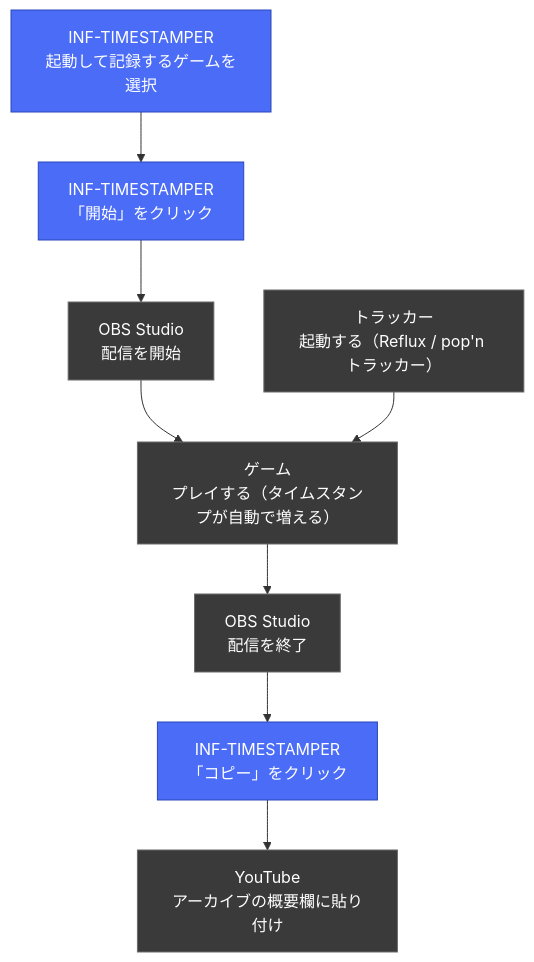
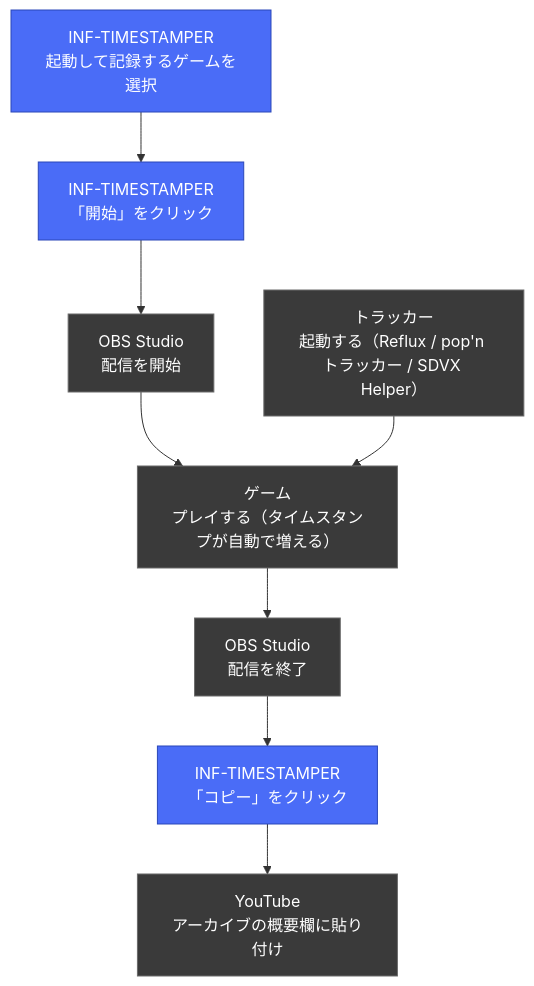
Before and after one commit to Freedom645/inf-timestamper: the diagram in README.md, drawn with Mermaid. The commit also changed other lines of this file and 33 other files, not shown here.

````diff
--- a/README.md
+++ b/README.md
@@ -83,24 +92,24 @@
 ```mermaid
 flowchart TD
-    TRK["トラッカー<br/>起動する（Reflux / pop'n トラッカー）"]
+    TRK["トラッカー<br/>起動する（Reflux / pop'n トラッカー / SDVX Helper）"]
     APP1["INF-TIMESTAMPER<br/>起動して記録するゲームを選択"]
     APP2["INF-TIMESTAMPER<br/>「開始」をクリック"]
     OBS1["OBS Studio<br/>配信を開始"]
     GAME["ゲーム<br/>プレイする（タイムスタンプが自動で増える）"]
     OBS2["OBS Studio<br/>配信を終了"]
     APP3["INF-TIMESTAMPER<br/>「コピー」をクリック"]
     YT["YouTube<br/>アーカイブの概要欄に貼り付け"]
 
     APP1 --> APP2
     APP2 --> OBS1
     OBS1 --> GAME
     TRK --> GAME
     GAME --> OBS2
     OBS2 --> APP3
     APP3 --> YT
 
     classDef app fill:#4a6cf7,stroke:#2b47b8,color:#ffffff
     classDef ext fill:#3a3a3a,stroke:#6a6a6a,color:#ffffff
     class APP1,APP2,APP3 app
     class TRK,OBS1,OBS2,GAME,YT ext
 ```
````
